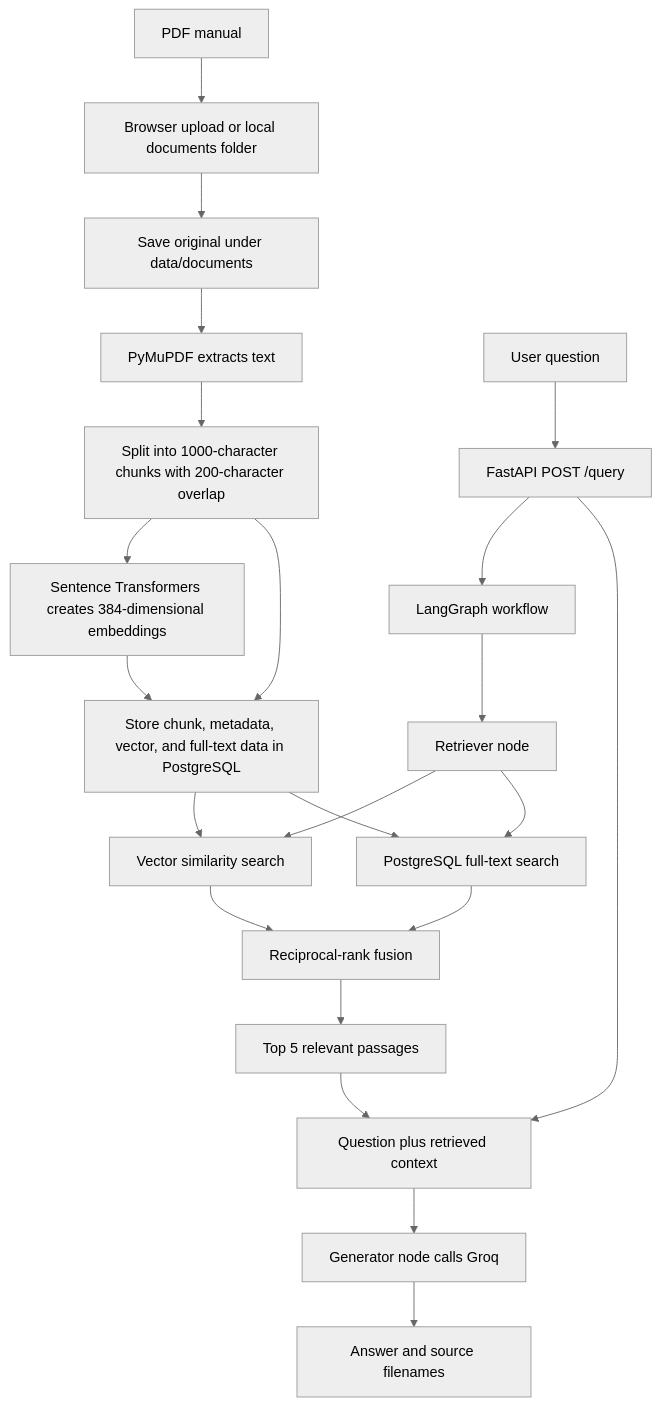
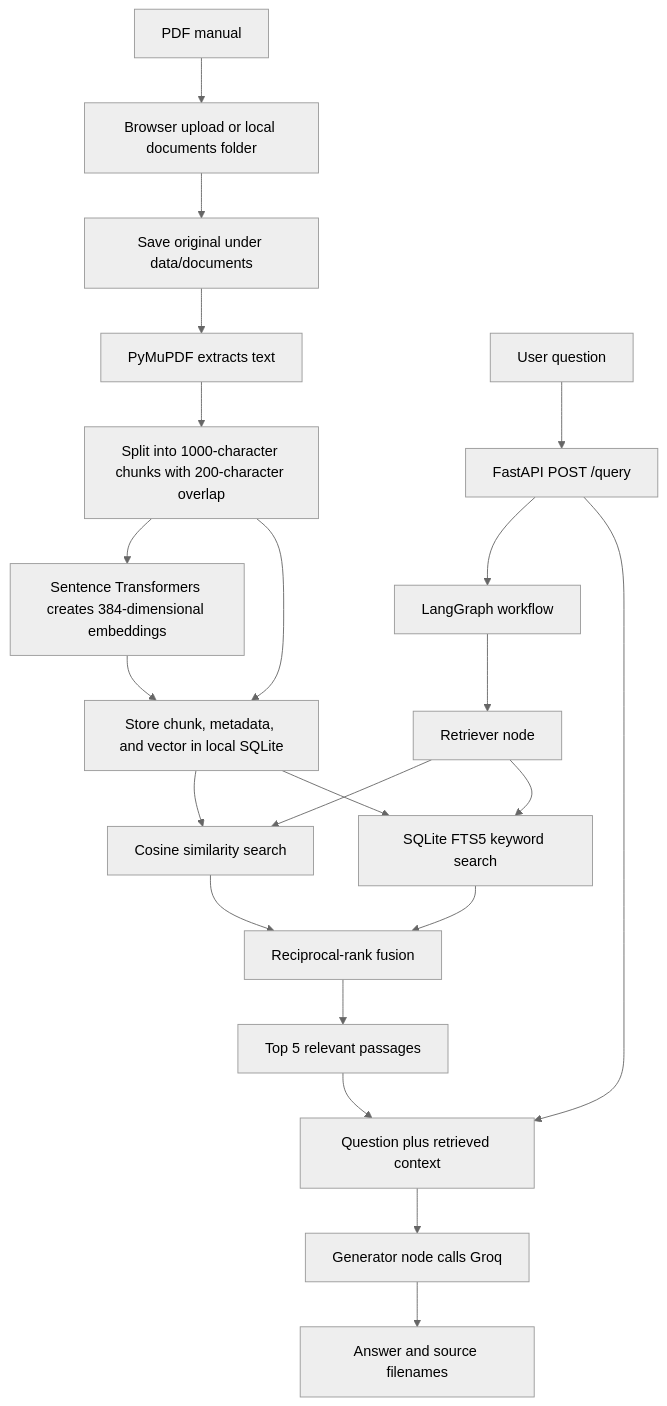
Before and after one commit to Mansi091/Aeromind: the diagram in README.md, drawn with Mermaid (neutral theme). The commit also changed other lines of this file and 5 other files, not shown here.

````diff
--- a/README.md
+++ b/README.md
@@ -11,25 +11,25 @@
 ```mermaid
 flowchart TD
    PDF[PDF manual] --> Upload[Browser upload or local documents folder]
    Upload --> Save[Save original under data/documents]
    Save --> Extract[PyMuPDF extracts text]
    Extract --> Chunk[Split into 1000-character chunks with 200-character overlap]
    Chunk --> Embed[Sentence Transformers creates 384-dimensional embeddings]
-   Chunk --> Store[Store chunk, metadata, vector, and full-text data in PostgreSQL]
+   Chunk --> Store[Store chunk, metadata, and vector in local SQLite]
    Embed --> Store
 
    Question[User question] --> API[FastAPI POST /query]
    API --> Graph[LangGraph workflow]
    Graph --> Retrieve[Retriever node]
-   Retrieve --> Dense[Vector similarity search]
-   Retrieve --> Keyword[PostgreSQL full-text search]
+   Retrieve --> Dense[Cosine similarity search]
+   Retrieve --> Keyword[SQLite FTS5 keyword search]
    Store --> Dense
    Store --> Keyword
    Dense --> Fusion[Reciprocal-rank fusion]
    Keyword --> Fusion
    Fusion --> Context[Top 5 relevant passages]
    Context --> Prompt[Question plus retrieved context]
    API --> Prompt
    Prompt --> Generate[Generator node calls Groq]
    Generate --> Answer[Answer and source filenames]
 ```
````
